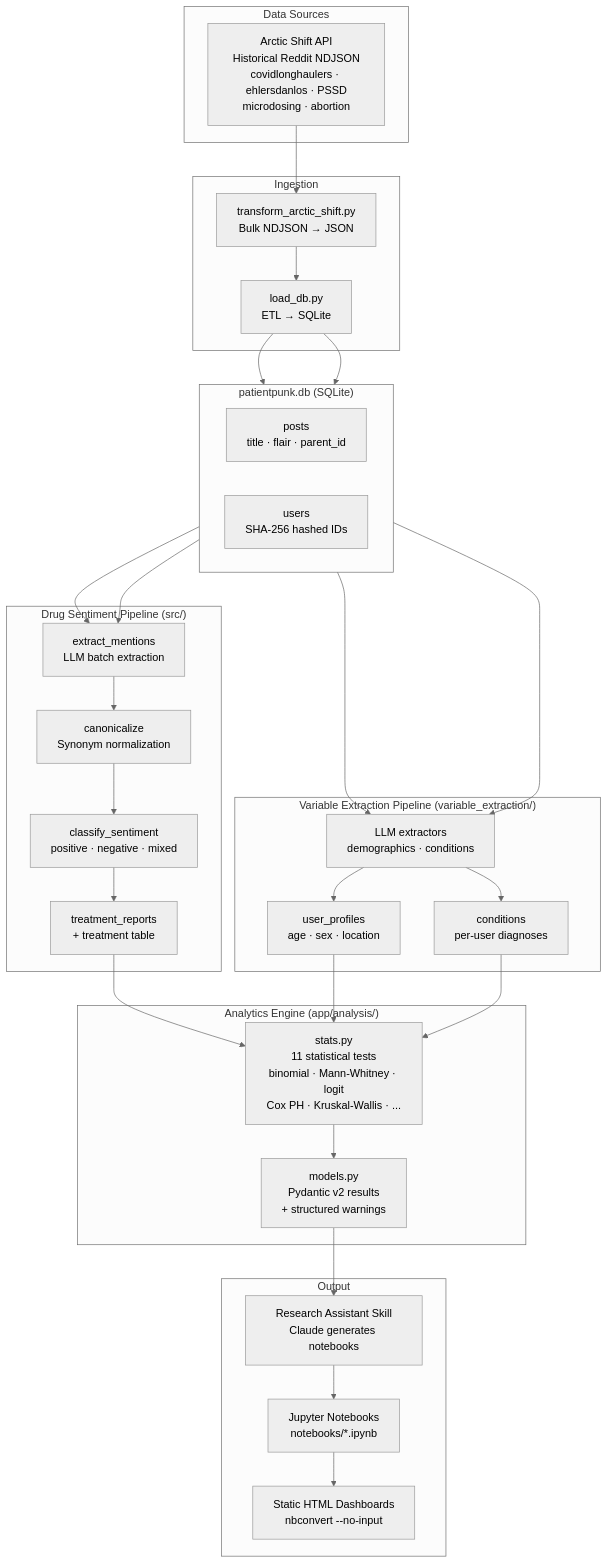
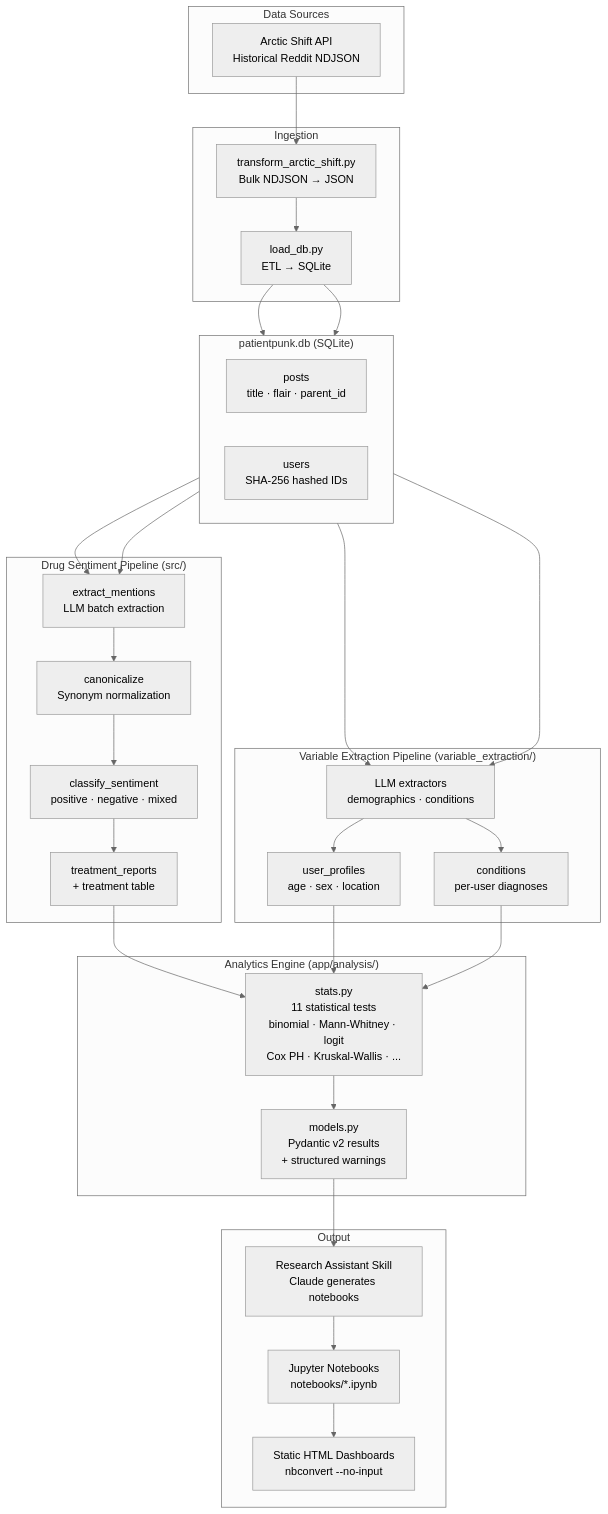
One commit to Ely-S/PatientPunk changed the diagram in Presentation/DIAGRAM.md. Above: the diagram before and after it, drawn with Mermaid (neutral theme).

Commit message:
Remove subreddit names from diagram

````diff
--- a/Presentation/DIAGRAM.md
+++ b/Presentation/DIAGRAM.md
@@ -3,57 +3,57 @@
 ```mermaid
 flowchart TD
     subgraph Sources["Data Sources"]
-        AS["Arctic Shift API\nHistorical Reddit NDJSON\ncovidlonghaulers · ehlersdanlos · PSSD\nmicrodosing · abortion"]
+        AS["Arctic Shift API\nHistorical Reddit NDJSON"]
     end
 
     subgraph Ingest["Ingestion"]
         TR["transform_arctic_shift.py\nBulk NDJSON → JSON"]
         LDB["load_db.py\nETL → SQLite"]
     end
 
     subgraph DB["patientpunk.db (SQLite)"]
         direction LR
         P["posts\ntitle · flair · parent_id"]
         U["users\nSHA-256 hashed IDs"]
     end
 
     subgraph Polina["Drug Sentiment Pipeline (src/)"]
         E["extract_mentions\nLLM batch extraction"]
         C["canonicalize\nSynonym normalization"]
         CL["classify_sentiment\npositive · negative · mixed"]
         TR2["treatment_reports\n+ treatment table"]
     end
 
     subgraph Shaun["Variable Extraction Pipeline (variable_extraction/)"]
         VE["LLM extractors\ndemographics · conditions"]
         UP["user_profiles\nage · sex · location"]
         CO["conditions\nper-user diagnoses"]
     end
 
     subgraph Analytics["Analytics Engine (app/analysis/)"]
         ST["stats.py\n11 statistical tests\nbinomial · Mann-Whitney · logit\nCox PH · Kruskal-Wallis · ..."]
         MD["models.py\nPydantic v2 results\n+ structured warnings"]
     end
 
     subgraph Output["Output"]
         SK["Research Assistant Skill\nClaude generates notebooks"]
         NB["Jupyter Notebooks\nnotebooks/*.ipynb"]
         HTML["Static HTML Dashboards\nnbconvert --no-input"]
     end
 
     AS --> TR
     TR --> LDB
     LDB --> P & U
 
     P & U --> E
     E --> C --> CL --> TR2
 
     P & U --> VE
     VE --> UP & CO
 
     TR2 & UP & CO --> ST
     ST --> MD
     MD --> SK
     SK --> NB
     NB --> HTML
 ```
````
